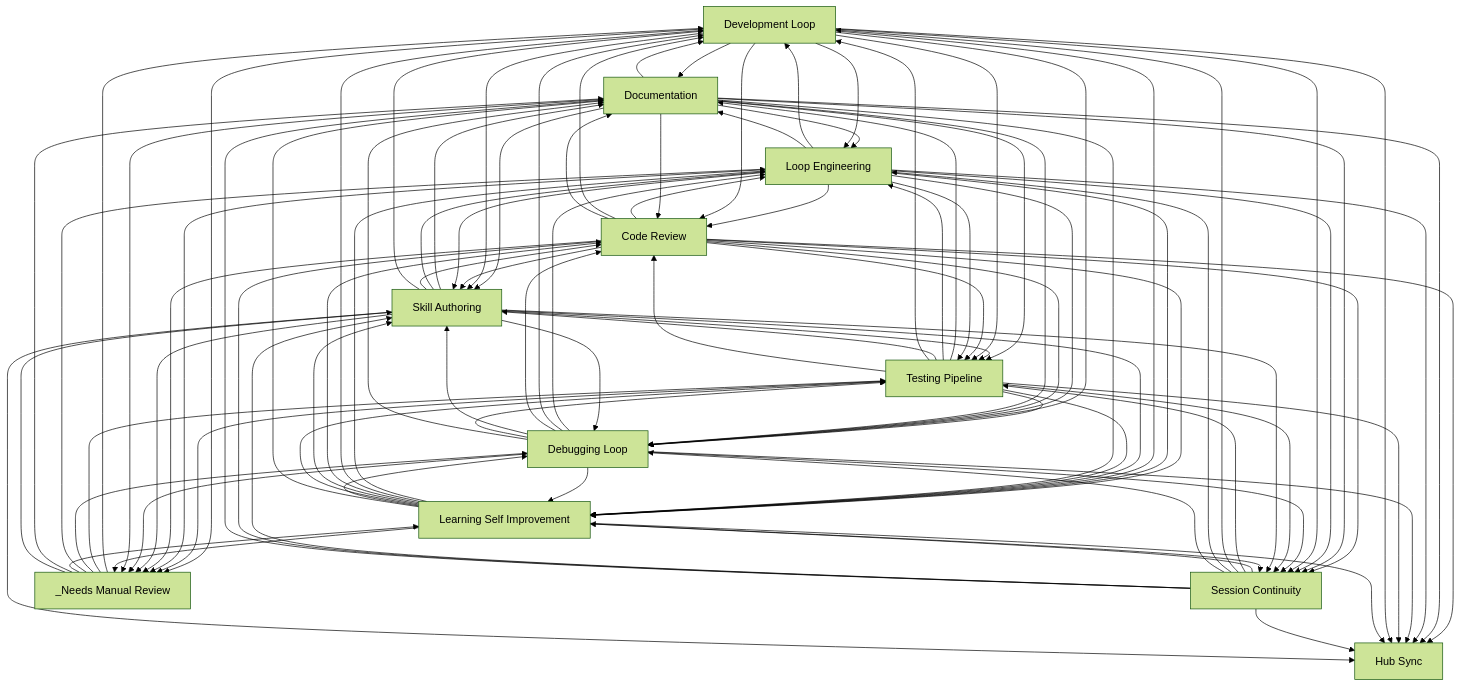
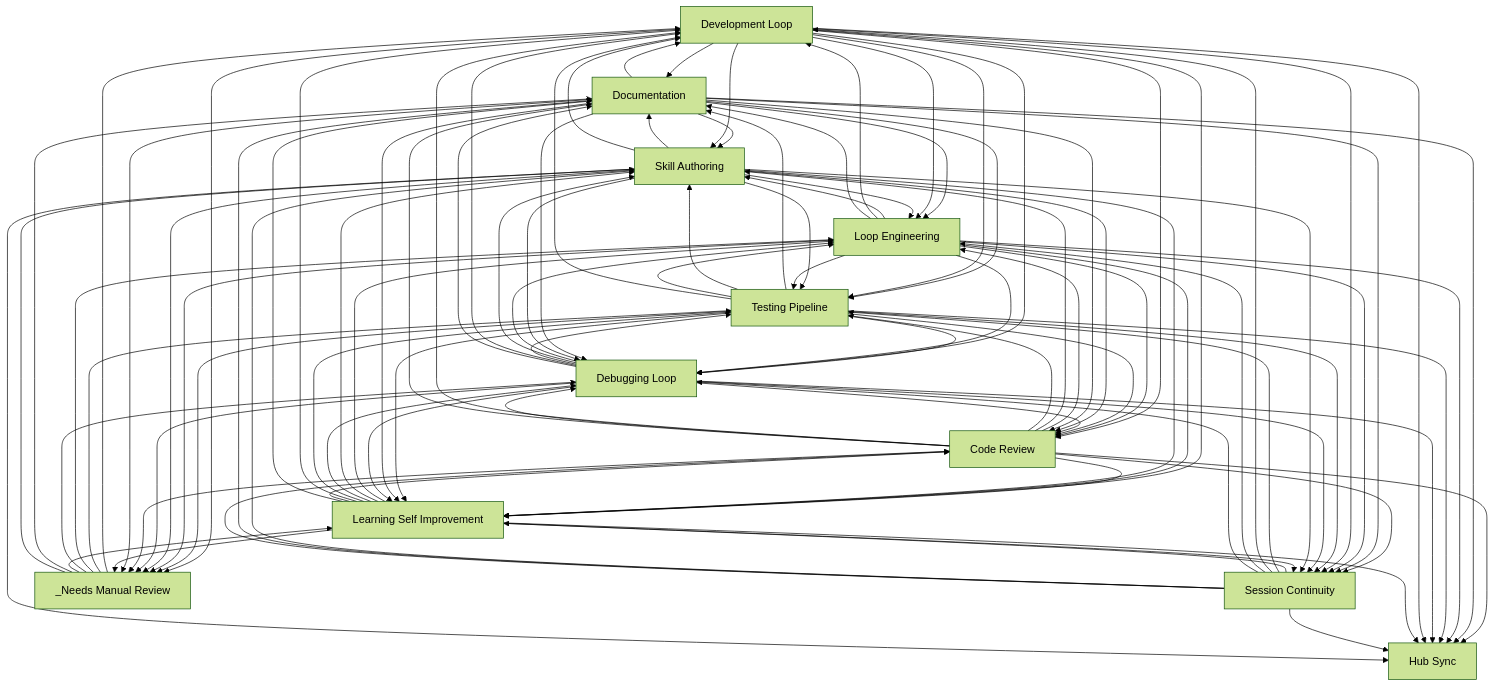
Before and after one commit to abhayla/claude-best-practices: the diagram in docs/workflows/INDEX.md, drawn with Mermaid (forest theme). The commit also changed other lines of this file and 8 other files, not shown here.

````diff
--- a/docs/workflows/INDEX.md
+++ b/docs/workflows/INDEX.md
@@ -33,43 +33,43 @@
     documentation[Documentation]
     hub_sync[Hub Sync]
     _needs_manual_review[_Needs Manual Review]
+    development_loop --> documentation
     skill_authoring --> documentation
-    development_loop --> documentation
     testing_pipeline --> documentation
+    documentation --> skill_authoring
     documentation --> loop_engineering
-    documentation --> skill_authoring
     documentation --> testing_pipeline
+    development_loop --> skill_authoring
+    development_loop --> loop_engineering
+    development_loop --> testing_pipeline
     skill_authoring --> loop_engineering
     skill_authoring --> testing_pipeline
-    development_loop --> loop_engineering
-    development_loop --> skill_authoring
-    development_loop --> testing_pipeline
+    testing_pipeline --> skill_authoring
     testing_pipeline --> loop_engineering
-    testing_pipeline --> skill_authoring
     code_review --> loop_engineering
-    code_review --> development_loop
     code_review --> skill_authoring
     code_review --> testing_pipeline
+    code_review --> development_loop
+    development_loop --> code_review
+    loop_engineering --> skill_authoring
+    loop_engineering --> testing_pipeline
     loop_engineering --> development_loop
     loop_engineering --> code_review
-    loop_engineering --> skill_authoring
-    loop_engineering --> testing_pipeline
-    development_loop --> code_review
     code_review --> learning_self_improvement
+    development_loop --> learning_self_improvement
     loop_engineering --> learning_self_improvement
-    development_loop --> learning_self_improvement
     _needs_manual_review --> development_loop
     _needs_manual_review --> testing_pipeline
     testing_pipeline --> development_loop
+    _needs_manual_review --> loop_engineering
     _needs_manual_review --> debugging_loop
-    _needs_manual_review --> loop_engineering
     testing_pipeline --> debugging_loop
     testing_pipeline --> code_review
     debugging_loop --> loop_engineering
+    debugging_loop --> skill_authoring
+    debugging_loop --> testing_pipeline
     debugging_loop --> development_loop
     debugging_loop --> code_review
-    debugging_loop --> skill_authoring
-    debugging_loop --> testing_pipeline
     development_loop --> debugging_loop
     documentation --> development_loop
     loop_engineering --> debugging_loop
@@ -81,26 +81,26 @@
     development_loop --> _needs_manual_review
     testing_pipeline --> _needs_manual_review
     code_review --> debugging_loop
+    documentation --> debugging_loop
     documentation --> code_review
-    documentation --> debugging_loop
+    code_review --> session_continuity
+    code_review --> documentation
     code_review --> hub_sync
-    code_review --> documentation
-    code_review --> session_continuity
+    documentation --> session_continuity
+    documentation --> learning_self_improvement
     documentation --> hub_sync
-    documentation --> learning_self_improvement
-    documentation --> session_continuity
+    loop_engineering --> session_continuity
     loop_engineering --> hub_sync
-    loop_engineering --> session_continuity
+    development_loop --> session_continuity
     session_continuity --> learning_self_improvement
     session_continuity --> testing_pipeline
-    development_loop --> session_continuity
     _needs_manual_review --> learning_self_improvement
+    testing_pipeline --> session_continuity
+    debugging_loop --> session_continuity
     debugging_loop --> learning_self_improvement
-    debugging_loop --> session_continuity
-    testing_pipeline --> session_continuity
+    testing_pipeline --> hub_sync
+    debugging_loop --> documentation
     debugging_loop --> hub_sync
-    debugging_loop --> documentation
-    testing_pipeline --> hub_sync
     development_loop --> hub_sync
     session_continuity --> development_loop
     session_continuity --> loop_engineering
@@ -108,25 +108,25 @@
     skill_authoring --> session_continuity
     skill_authoring --> debugging_loop
     learning_self_improvement --> loop_engineering
+    learning_self_improvement --> skill_authoring
+    learning_self_improvement --> debugging_loop
+    learning_self_improvement --> testing_pipeline
     learning_self_improvement --> development_loop
     learning_self_improvement --> code_review
-    learning_self_improvement --> skill_authoring
-    learning_self_improvement --> testing_pipeline
-    learning_self_improvement --> debugging_loop
     loop_engineering --> _needs_manual_review
-    code_review --> _needs_manual_review
     skill_authoring --> _needs_manual_review
     debugging_loop --> _needs_manual_review
+    code_review --> _needs_manual_review
     _needs_manual_review --> documentation
     _needs_manual_review --> skill_authoring
     learning_self_improvement --> session_continuity
     documentation --> _needs_manual_review
     session_continuity --> skill_authoring
+    learning_self_improvement --> documentation
     learning_self_improvement --> hub_sync
-    learning_self_improvement --> documentation
+    session_continuity --> documentation
+    session_continuity --> code_review
     session_continuity --> hub_sync
-    session_continuity --> code_review
-    session_continuity --> documentation
     skill_authoring --> hub_sync
     learning_self_improvement --> _needs_manual_review
 ```
````
